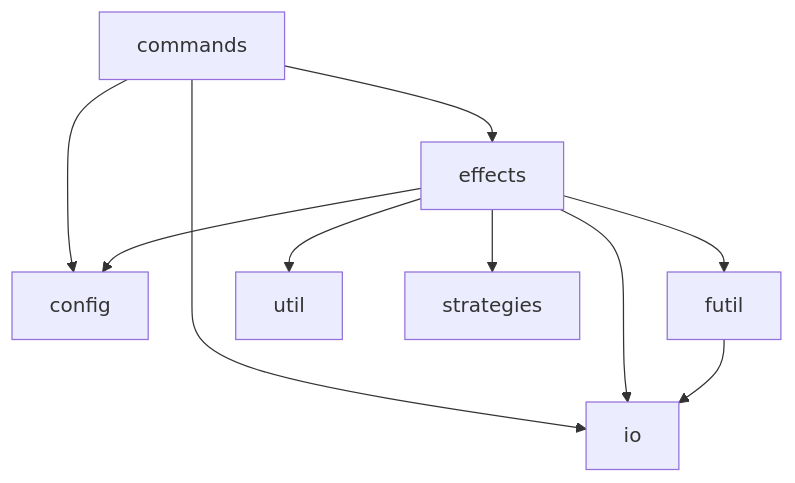
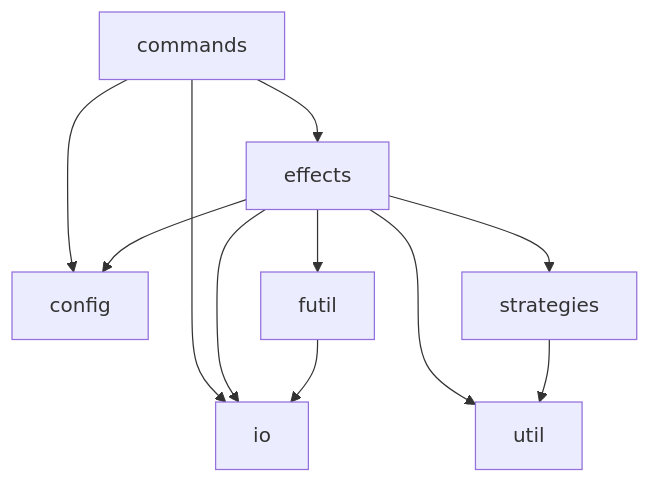
The diagram in README.md (mattriley/node-module-indexgen), drawn with Mermaid before and after one commit. The commit also changed other lines of this file and 4 other files, not shown here.

````diff
--- a/README.md
+++ b/README.md
@@ -101,12 +101,13 @@
 ```mermaid
 graph TD;
     commands-->effects;
     commands-->io;
     commands-->config;
     effects-->config;
     effects-->io;
     effects-->futil;
     effects-->util;
     effects-->strategies;
     futil-->io;
+    strategies-->util;
 ```
````
